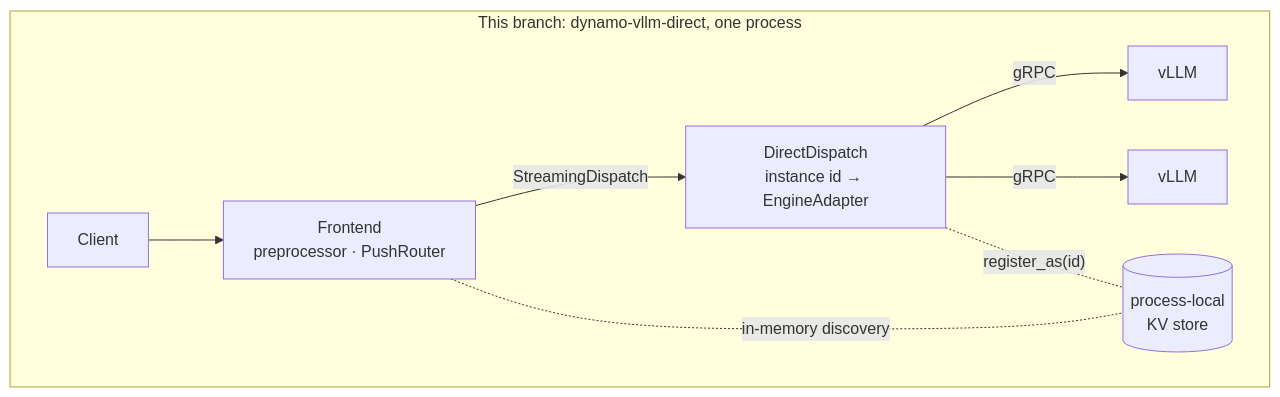
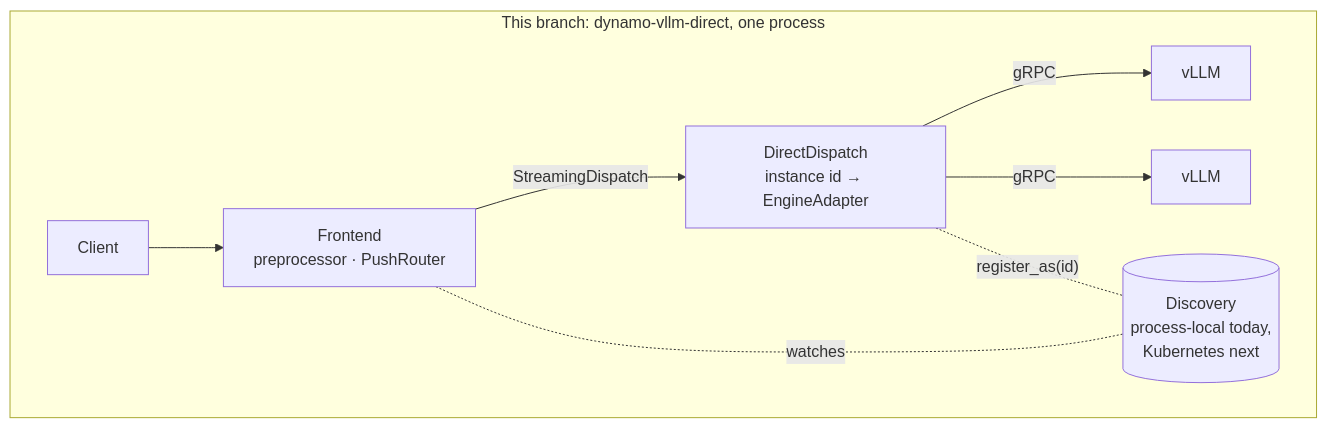
Before and after one commit to nnshah1/dynamo: the second of 4 diagrams in lib/sidecar/vllm/DIRECT.md, drawn with Mermaid. The commit also changed other lines of this file, not shown here.

Commit message:
docs(vllm-direct): discovery is Kubernetes, not etcd; note kube register_as gap

````diff
--- a/lib/sidecar/vllm/DIRECT.md
+++ b/lib/sidecar/vllm/DIRECT.md
@@ -34,12 +34,12 @@
 ```mermaid
 flowchart LR
     subgraph direct["This branch: dynamo-vllm-direct, one process"]
         direction LR
         C2[Client] --> F2[Frontend<br/>preprocessor · PushRouter]
         F2 -- StreamingDispatch --> D[DirectDispatch<br/>instance id → EngineAdapter]
         D -- gRPC --> V3[vLLM]
         D -- gRPC --> V4[vLLM]
-        F2 -. in-memory discovery .- M[(process-local<br/>KV store)]
+        F2 -. watches .- M[(Discovery<br/>process-local today,<br/>Kubernetes next)]
         D -. register_as(id) .- M
     end
 ```
````
